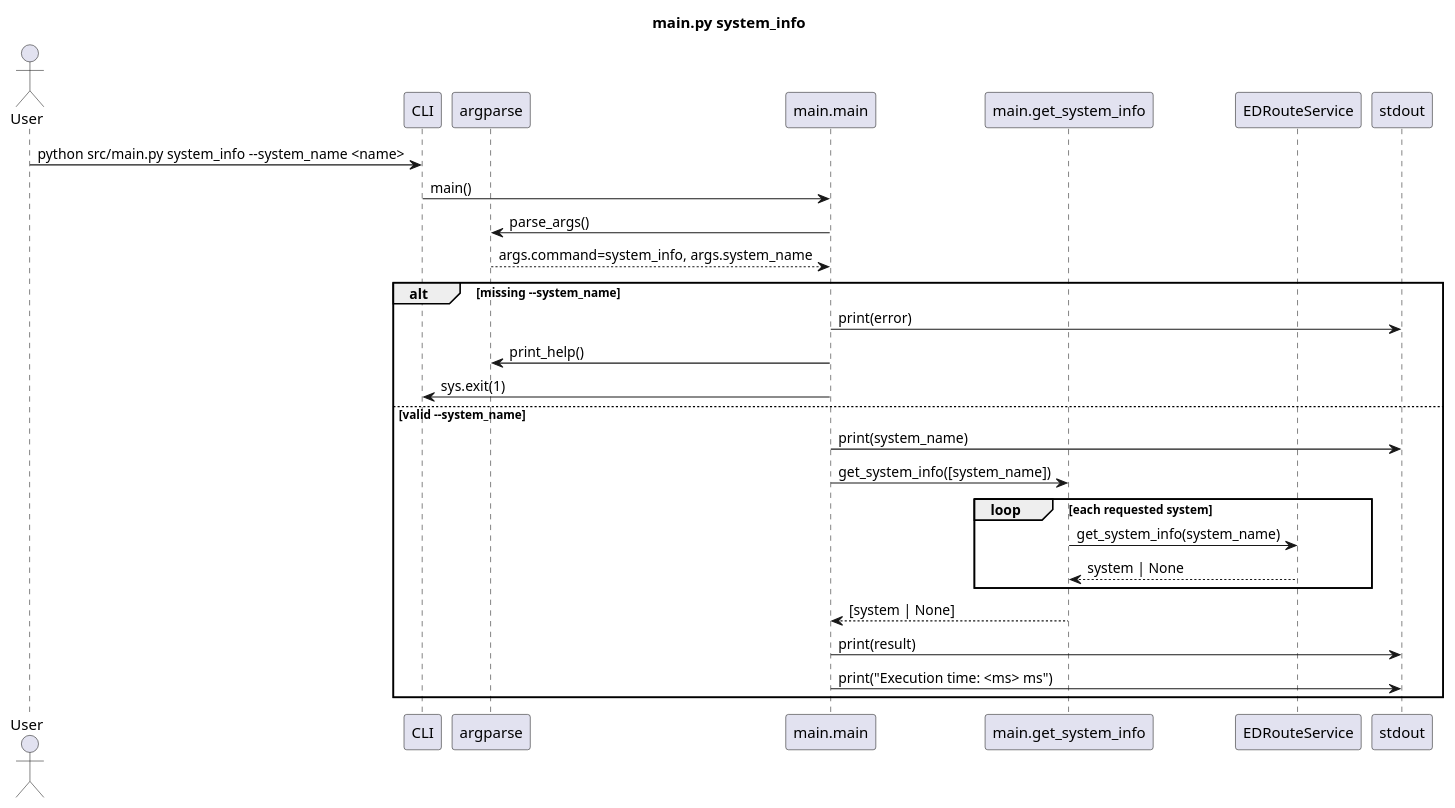
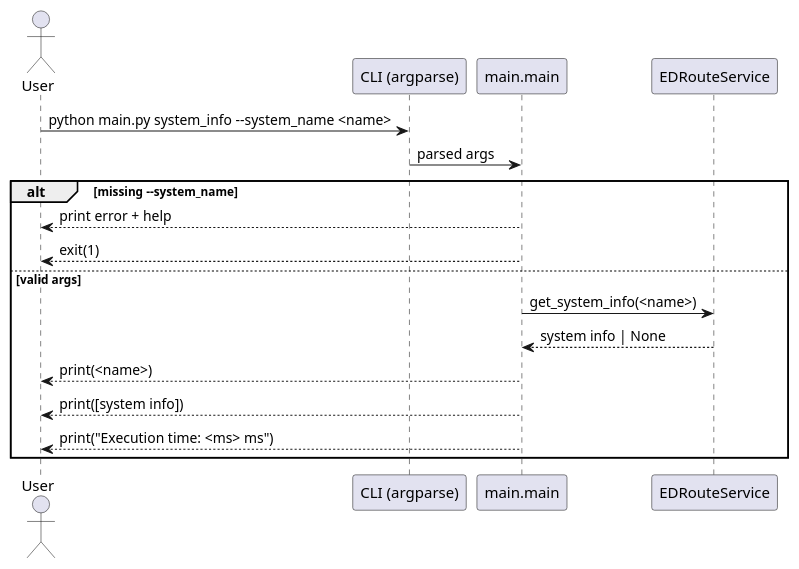
Before and after one commit to fazleskhan/elite_dangerous_discord_tools: the second of 5 diagrams in docs/main_sequences.puml, drawn with PlantUML. The commit also changed other lines of this file and 30 other files, not shown here.

Commit message:
updated code comments, README.md, and sequence diagrams. Added new sequence diagrams for the initialization of EDRouteService in both discord_bot.py and main.py. blacked the source

```diff
--- a/docs/main_sequences.puml
+++ b/docs/main_sequences.puml
@@ -25,32 +15,20 @@
-@startuml System Info Sequence Diagram 
-title main.py system_info
+@startuml system_info
+actor User
+participant "CLI (argparse)" as CLI
+participant "main.main" as Main
+participant "EDRouteService" as Route
 
-actor User
-participant "CLI" as CLI
-participant "argparse" as Parser
-participant "main.main" as Main
-participant "main.get_system_info" as GetInfo
-participant "EDRouteService" as Service
-participant "stdout" as Out
-
-User -> CLI: python src/main.py system_info --system_name <name>
-CLI -> Main: main()
-Main -> Parser: parse_args()
-Parser --> Main: args.command=system_info, args.system_name
+User -> CLI : python main.py system_info --system_name <name>
+CLI -> Main : parsed args
 
 alt missing --system_name
-  Main -> Out: print(error)
-  Main -> Parser: print_help()
-  Main -> CLI: sys.exit(1)
-else valid --system_name
-  Main -> Out: print(system_name)
-  Main -> GetInfo: get_system_info([system_name])
-  loop each requested system
-    GetInfo -> Service: get_system_info(system_name)
-    Service --> GetInfo: system | None
-  end
-  GetInfo --> Main: [system | None]
-  Main -> Out: print(result)
-  Main -> Out: print("Execution time: <ms> ms")
+  Main --> User : print error + help
+  Main --> User : exit(1)
+else valid args
+  Main -> Route : get_system_info(<name>)
+  Route --> Main : system info | None
+  Main --> User : print(<name>)
+  Main --> User : print([system info])
+  Main --> User : print("Execution time: <ms> ms")
 end
 @enduml
```
